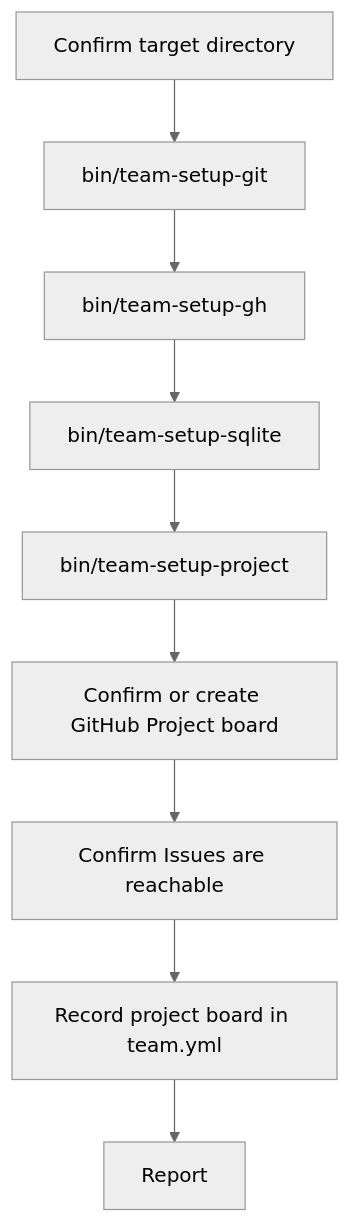
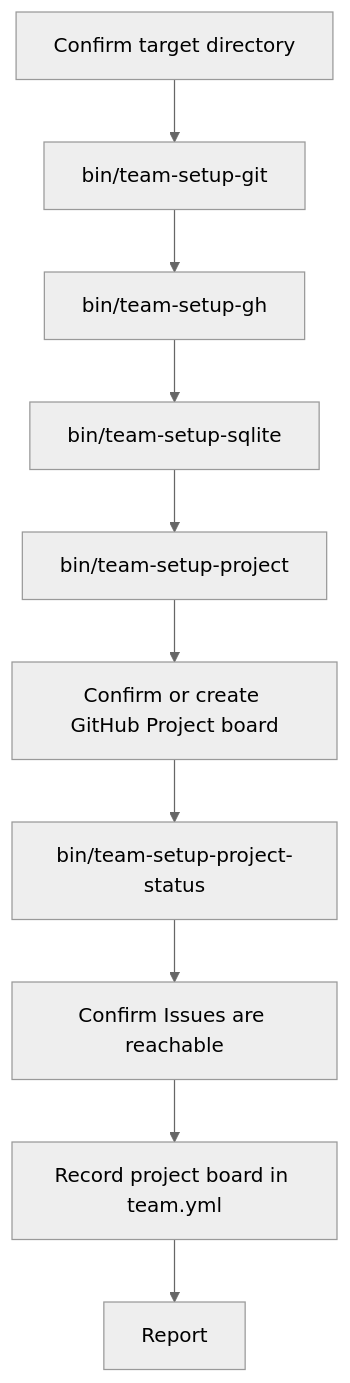
One commit to revans/rails-agentic-engineering-team changed the diagram in docs/installer.md. Above: the diagram before and after it, drawn with Mermaid (neutral theme). The commit also changed other lines of this file and 4 other files, not shown here.

First line of the commit message:
Automate adding a Project board Status option instead of a manual step

````diff
--- a/docs/installer.md
+++ b/docs/installer.md
@@ -11,11 +11,12 @@
 ```mermaid
 flowchart TD
     A[Confirm target directory] --> B["bin/team-setup-git"]
     B --> C["bin/team-setup-gh"]
     C --> D["bin/team-setup-sqlite"]
     D --> E["bin/team-setup-project"]
     E --> F[Confirm or create GitHub Project board]
-    F --> G[Confirm Issues are reachable]
+    F --> F2["bin/team-setup-project-status"]
+    F2 --> G[Confirm Issues are reachable]
     G --> H[Record project board in team.yml]
     H --> I[Report]
 ```
````
